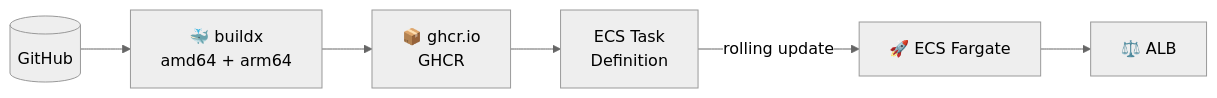
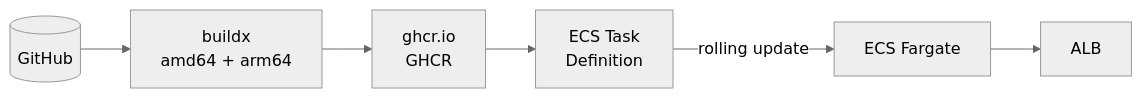
One commit to vladimiracunadev-create/proyectos-aws changed the ninth of 12 diagrams in README.md. Above: the diagram before and after it, drawn with Mermaid (neutral theme). The commit also changed other lines of this file and 13 other files, not shown here.

First line of the commit message:
fix: corregir diagramas Mermaid + crear AWS_PASO_A_PASO para casos 01 y 02

````diff
--- a/README.md
+++ b/README.md
@@ -239,8 +245,8 @@
 ```mermaid
 flowchart LR
-    GH[(GitHub)] --> BUILD[🐳 buildx\namd64 + arm64]
-    BUILD --> GHCR[📦 ghcr.io\nGHCR]
+    GH[(GitHub)] --> BUILD[buildx\namd64 + arm64]
+    BUILD --> GHCR[ghcr.io\nGHCR]
     GHCR --> TASK[ECS Task\nDefinition]
-    TASK -->|rolling update| FARGATE[🚀 ECS Fargate]
-    FARGATE --> ALB[⚖️ ALB]
+    TASK -->|rolling update| FARGATE[ECS Fargate]
+    FARGATE --> ALB[ALB]
 ```
````
